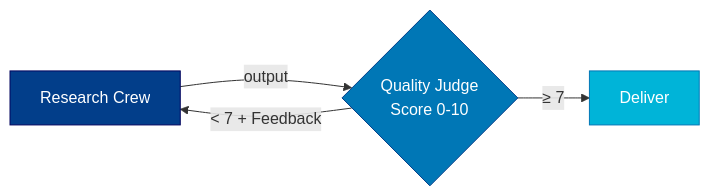
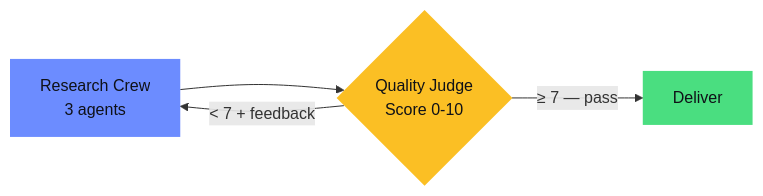
Before and after one commit to mj-deving/crewai-n8n-bridge: the sixth of 6 diagrams in README.md, drawn with Mermaid. The commit also changed other lines of this file, not shown here.

First line of the commit message:
docs: README rewrite — English, fixed mermaid, managed-agent-poc style

````diff
--- a/README.md
+++ b/README.md
@@ -146,9 +120,10 @@
 ```mermaid
 flowchart LR
-    F1[Research Crew] -->|output| F2{Quality Judge\nScore 0-10}
-    F2 -->|"≥ 7"| F3[Deliver]
-    F2 -->|"< 7 + Feedback"| F1
-    style F1 fill:#023e8a,stroke:#03045e,color:#fff
-    style F2 fill:#0077b6,stroke:#023e8a,color:#fff
-    style F3 fill:#00b4d8,stroke:#0077b6,color:#fff
+    F1["Research Crew\n3 agents"] --> F2{"Quality Judge\nScore 0-10"}
+    F2 -->|"≥ 7 — pass"| F3["Deliver"]
+    F2 -->|"< 7 + feedback"| F1
+
+    style F1 fill:#6c8cff,color:#0f1117,stroke:none
+    style F2 fill:#fbbf24,color:#0f1117,stroke:none
+    style F3 fill:#4ade80,color:#0f1117,stroke:none
 ```
````
